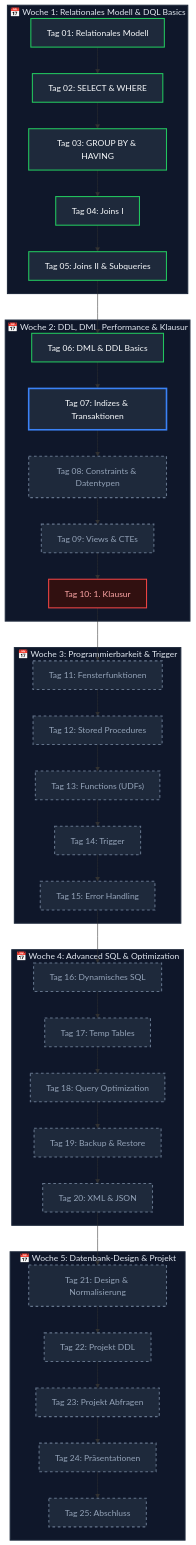
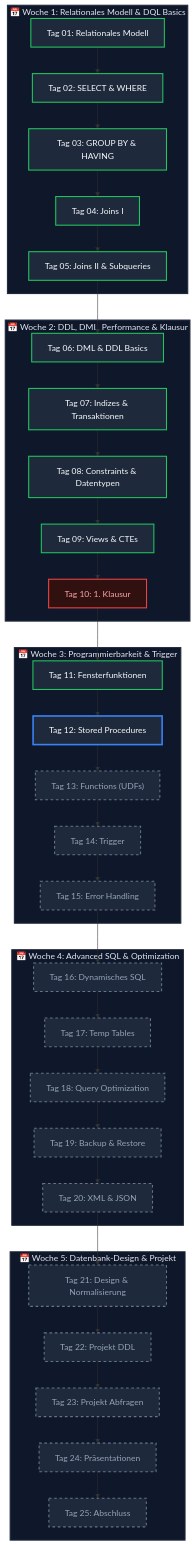
One commit to T-Boyke/SQL-Fundamentals changed the diagram in README.md. Above: the diagram before and after it, drawn with Mermaid. The commit also changed other lines of this file and 3 other files, not shown here.

````diff
--- a/README.md
+++ b/README.md
@@ -20,60 +20,60 @@
 ```mermaid
 flowchart TD
     subgraph W1["📅 Woche 1: Relationales Modell & DQL Basics"]
         D01["Tag 01: Relationales Modell"] --> D02["Tag 02: SELECT & WHERE"]
         D02 --> D03["Tag 03: GROUP BY & HAVING"]
         D03 --> D04["Tag 04: Joins I"]
         D04 --> D05["Tag 05: Joins II & Subqueries"]
     end
 
     subgraph W2["📅 Woche 2: DDL, DML, Performance & Klausur"]
         D06["Tag 06: DML & DDL Basics"] --> D07["Tag 07: Indizes & Transaktionen"]
         D07 --> D08["Tag 08: Constraints & Datentypen"]
         D08 --> D09["Tag 09: Views & CTEs"]
         D09 --> D10["Tag 10: 1. Klausur"]
     end
 
     subgraph W3["📅 Woche 3: Programmierbarkeit & Trigger"]
         D11["Tag 11: Fensterfunktionen"] --> D12["Tag 12: Stored Procedures"]
         D12 --> D13["Tag 13: Functions (UDFs)"]
         D13 --> D14["Tag 14: Trigger"]
         D14 --> D15["Tag 15: Error Handling"]
     end
 
     subgraph W4["📅 Woche 4: Advanced SQL & Optimization"]
         D16["Tag 16: Dynamisches SQL"] --> D17["Tag 17: Temp Tables"]
         D17 --> D18["Tag 18: Query Optimization"]
         D18 --> D19["Tag 19: Backup & Restore"]
         D19 --> D20["Tag 20: XML & JSON"]
     end
 
     subgraph W5["📅 Woche 5: Datenbank-Design & Projekt"]
         D21["Tag 21: Design & Normalisierung"] --> D22["Tag 22: Projekt DDL"]
         D22 --> D23["Tag 23: Projekt Abfragen"]
         D23 --> D24["Tag 24: Präsentationen"]
         D24 --> D25["Tag 25: Abschluss"]
     end
 
     D05 --> D06
     D10 --> D11
     D15 --> D16
     D20 --> D21
 
     %% Style classes
     classDef completed fill:#1e293b,stroke:#22c55e,stroke-width:2px,color:#f8fafc;
     classDef current fill:#1e293b,stroke:#3b82f6,stroke-width:3px,color:#f8fafc;
     classDef pending fill:#1e293b,stroke:#64748b,stroke-width:2px,stroke-dasharray: 5 5,color:#94a3b8;
     classDef exam fill:#311010,stroke:#ef4444,stroke-width:2px,color:#fca5a5;
 
-    class D01,D02,D03,D04,D05,D06 completed;
-    class D07 current;
-    class D08,D09,D11,D12,D13,D14,D15,D16,D17,D18,D19,D20,D21,D22,D23,D24,D25 pending;
+    class D01,D02,D03,D04,D05,D06,D07,D08,D09,D11 completed;
+    class D12 current;
+    class D13,D14,D15,D16,D17,D18,D19,D20,D21,D22,D23,D24,D25 pending;
     class D10 exam;
 
     %% Subgraph Styles
     style W1 fill:#0f172a,stroke:#1e293b,stroke-width:2px,color:#e2e8f0
     style W2 fill:#0f172a,stroke:#1e293b,stroke-width:2px,color:#e2e8f0
     style W3 fill:#0f172a,stroke:#1e293b,stroke-width:2px,color:#e2e8f0
     style W4 fill:#0f172a,stroke:#1e293b,stroke-width:2px,color:#e2e8f0
     style W5 fill:#0f172a,stroke:#1e293b,stroke-width:2px,color:#e2e8f0
 ```
````
